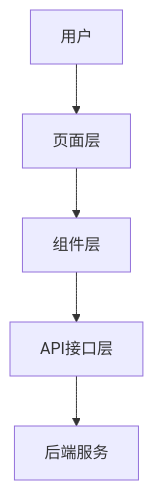
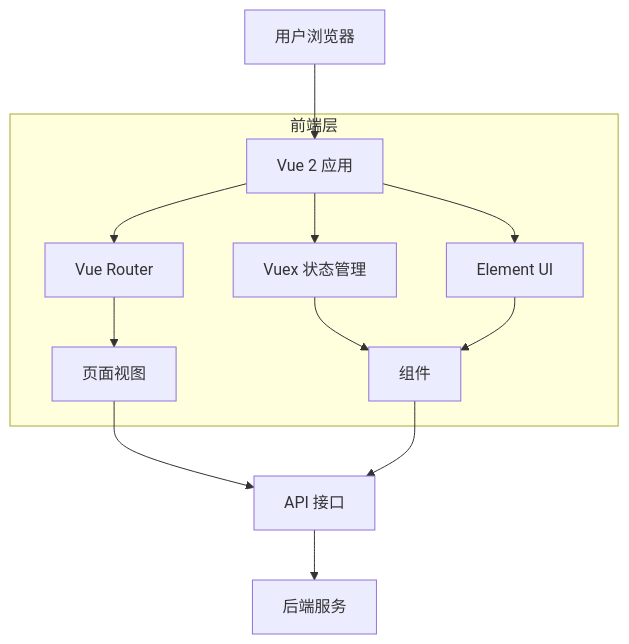
One commit to junwOpenSourceProjects/JOSP-SystemTempleVue2 changed the diagram in README.md. Above: the diagram before and after it, drawn with Mermaid. The commit also changed other lines of this file, not shown here.

````diff
--- a/README.md
+++ b/README.md
@@ -85,7 +17,25 @@
 ```mermaid
 graph TB
-    User[用户] --> Views[页面层]
-    Views --> Components[组件层]
-    Components --> API[API接口层]
+    User[用户浏览器] --> Vue[Vue 2 应用]
+    
+    Vue --> Router[Vue Router]
+    Vue --> Vuex[Vuex 状态管理]
+    Vue --> Element[Element UI]
+    
+    Router --> Views[页面视图]
+    Vuex --> Components[组件]
+    Element --> Components
+    
+    Views --> API[API 接口]
+    Components --> API
     API --> Backend[后端服务]
+    
+    subgraph 前端层
+        Vue
+        Router
+        Vuex
+        Element
+        Views
+        Components
+    end
 ```
````
